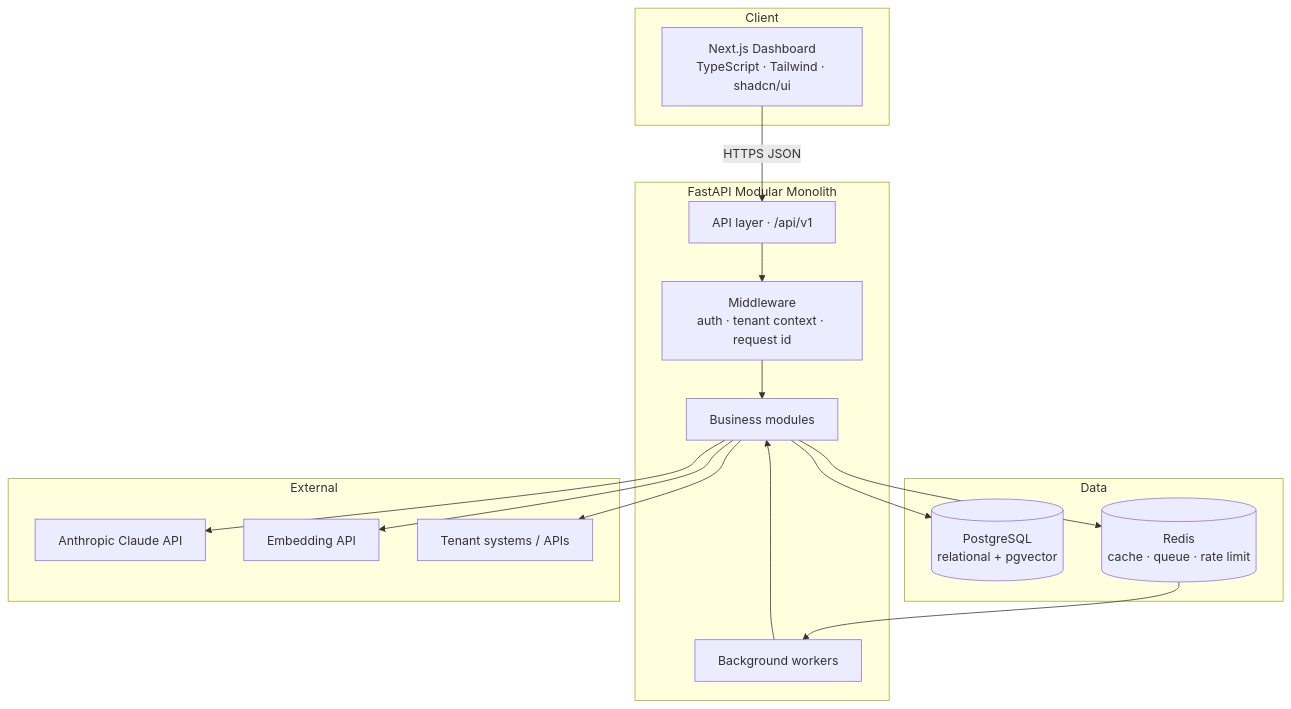
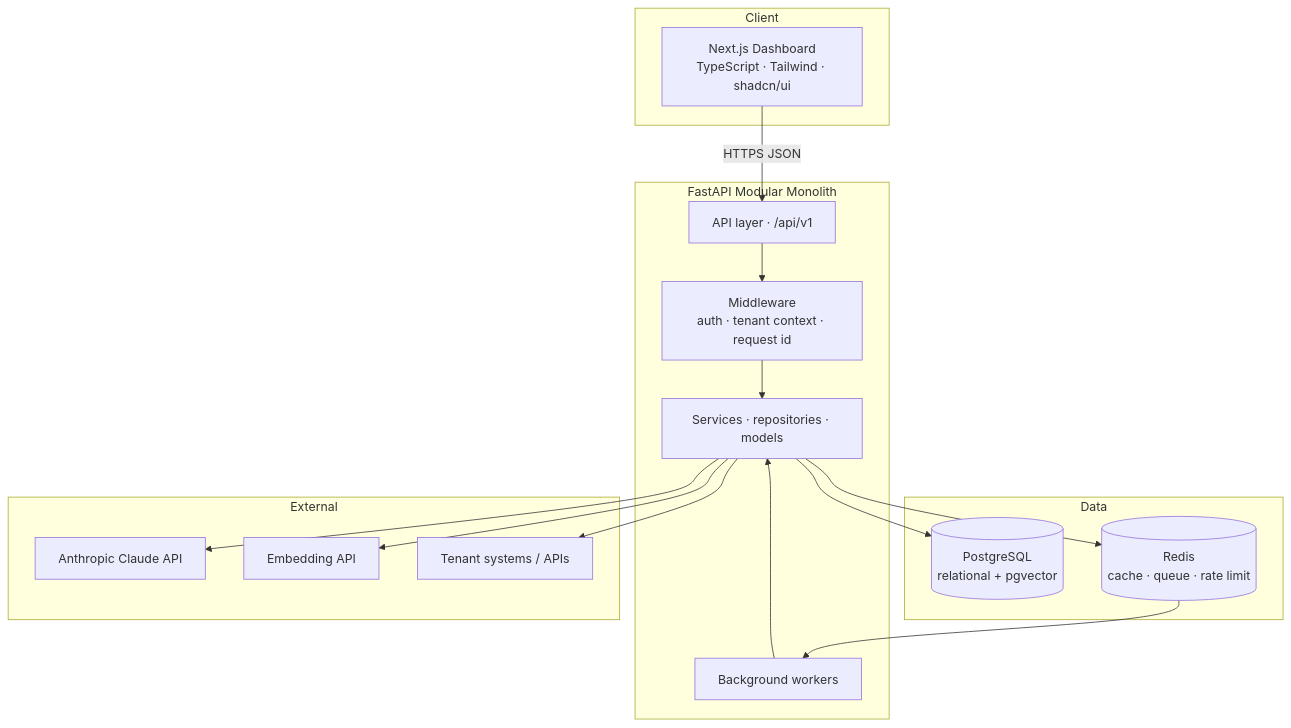
Before and after one commit to BelgdevKing/ai-operations-agent: the first of 3 diagrams in docs/architecture.md, drawn with Mermaid. The commit also changed other lines of this file and 70 other files, not shown here.

````diff
--- a/docs/architecture.md
+++ b/docs/architecture.md
@@ -37,35 +39,35 @@
 ```mermaid
 flowchart TB
     subgraph Client
         FE["Next.js Dashboard<br/>TypeScript · Tailwind · shadcn/ui"]
     end
 
     subgraph Backend["FastAPI Modular Monolith"]
         API["API layer · /api/v1"]
         MW["Middleware<br/>auth · tenant context · request id"]
-        MOD["Business modules"]
+        MOD["Services · repositories · models"]
         WRK["Background workers"]
     end
 
     subgraph Data
         PG[("PostgreSQL<br/>relational + pgvector")]
         RD[("Redis<br/>cache · queue · rate limit")]
     end
 
     subgraph External
         CL["Anthropic Claude API"]
         EMB["Embedding API"]
         EXT["Tenant systems / APIs"]
     end
 
     FE -->|HTTPS JSON| API
     API --> MW
     MW --> MOD
     MOD --> PG
     MOD --> RD
     MOD --> CL
     MOD --> EMB
     MOD --> EXT
     RD --> WRK
     WRK --> MOD
 ```
````
